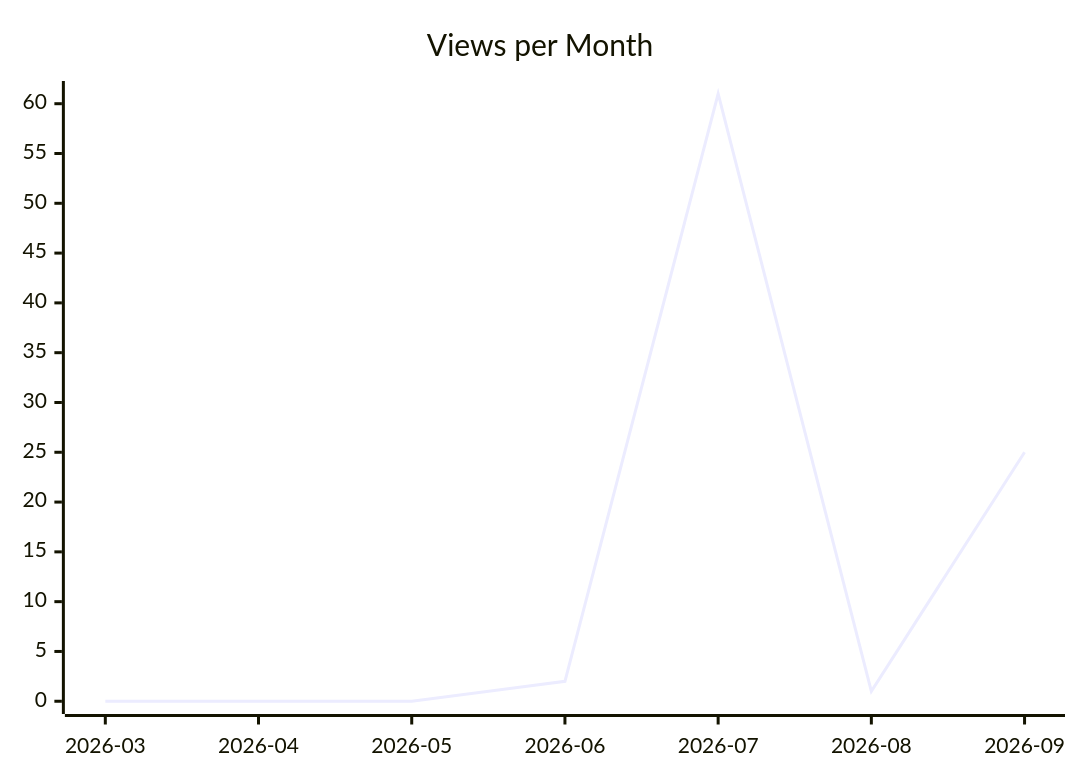
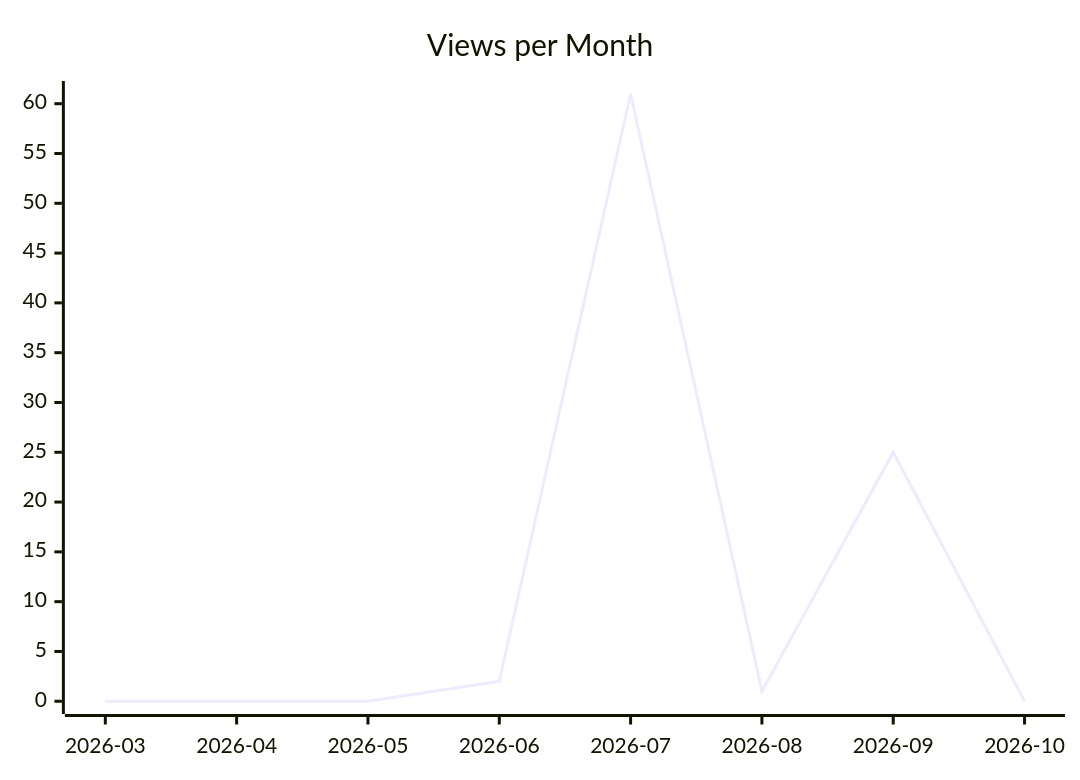
Before and after one commit to justdavis-family/github-analytics-data: the second of 3 diagrams in karlmdavis/dotfiles/README.md, drawn with Mermaid. The commit also changed other lines of this file and 202 other files, not shown here.

````diff
--- a/karlmdavis/dotfiles/README.md
+++ b/karlmdavis/dotfiles/README.md
@@ -12,6 +12,6 @@
 ```mermaid
 xychart-beta
   title "Views per Month"
-  x-axis ["2026-03", "2026-04", "2026-05", "2026-06", "2026-07", "2026-08", "2026-09"]
-  line [0, 0, 0, 2, 61, 1, 25]
+  x-axis ["2026-03", "2026-04", "2026-05", "2026-06", "2026-07", "2026-08", "2026-09", "2026-10"]
+  line [0, 0, 0, 2, 61, 1, 25, 0]
 ```
````
